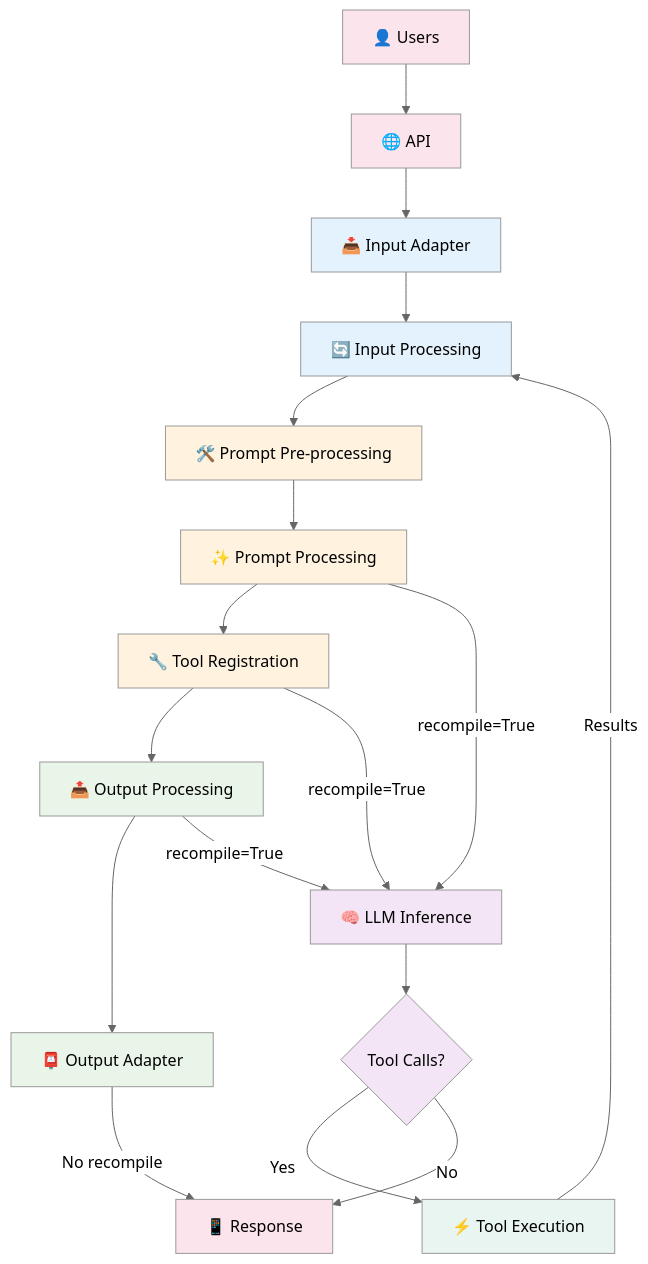
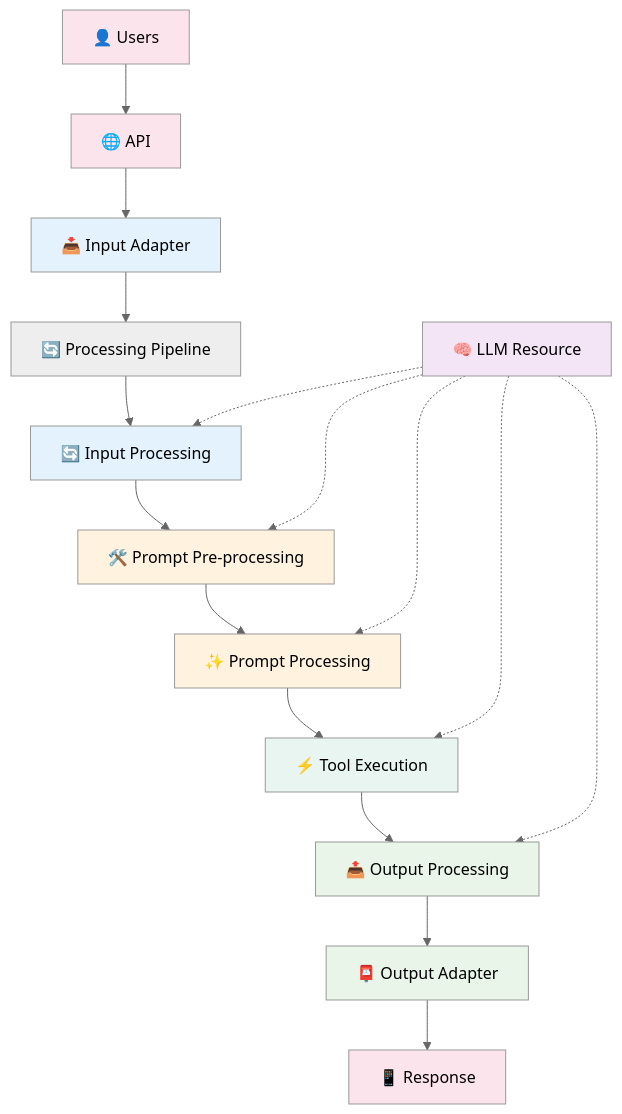
Before and after one commit to Ladvien/entity: the first of 4 diagrams in README.md, drawn with Mermaid (neutral theme). The commit also changed other lines of this file, not shown here.

Commit message:
Still working on architecture.

````diff
--- a/README.md
+++ b/README.md
@@ -9,38 +9,37 @@
 ```mermaid
 flowchart TD
     Users[👤 Users] --> API[🌐 API]
     API --> IA[📥 Input Adapter]
-    IA --> IP[🔄 Input Processing]
-    IP --> PPP[🛠️ Prompt Pre-processing]
-    PPP --> PP[✨ Prompt Processing]
-    PP --> TR[🔧 Tool Registration]
-    TR --> OP[📤 Output Processing]
-    OP --> OA[📮 Output Adapter]
+    IA --> Pipeline[🔄 Processing Pipeline]
     
-    %% LLM Inference Branch
-    TR --> |recompile=True| LLM[🧠 LLM Inference]
-    PP --> |recompile=True| LLM
-    OP --> |recompile=True| LLM
+    Pipeline --> Stage1[🔄 Input Processing]
+    Stage1 --> Stage2[🛠️ Prompt Pre-processing] 
+    Stage2 --> Stage3[✨ Prompt Processing]
+    Stage3 --> Stage4[⚡ Tool Execution]
+    Stage4 --> Stage5[📤 Output Processing]
     
-    LLM --> TC{Tool Calls?}
-    TC --> |Yes| TE[⚡ Tool Execution]
-    TC --> |No| Response[📱 Response]
-    TE --> |Results| IP
+    Stage5 --> OA[📮 Output Adapter]
+    OA --> Response[📱 Response]
     
-    OA --> |No recompile| Response
+    %% LLM Resource Available Throughout Pipeline
+    LLM[🧠 LLM Resource] -.-> Stage1
+    LLM -.-> Stage2
+    LLM -.-> Stage3
+    LLM -.-> Stage4
+    LLM -.-> Stage5
     
     %% Styling
     classDef input fill:#e3f2fd
     classDef processing fill:#fff3e0
     classDef llm fill:#f3e5f5
     classDef output fill:#e8f5e8
     classDef endpoints fill:#fce4ec
     classDef tools fill:#e8f5f0
     
     class Users,API,Response endpoints
-    class IA,IP input
-    class PPP,PP,TR processing
-    class LLM,TC llm
-    class OP,OA output
-    class TE tools
+    class IA,Stage1 input
+    class Stage2,Stage3 processing
+    class LLM llm
+    class Stage4 tools
+    class Stage5,OA output
 ```
````
